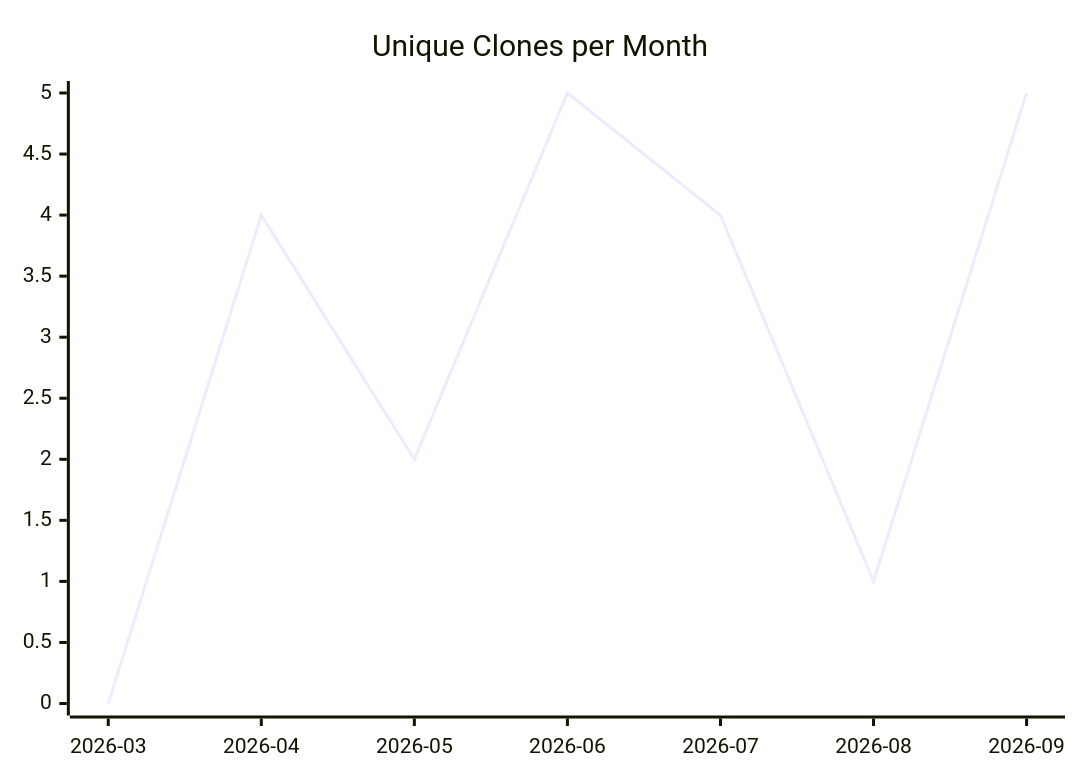
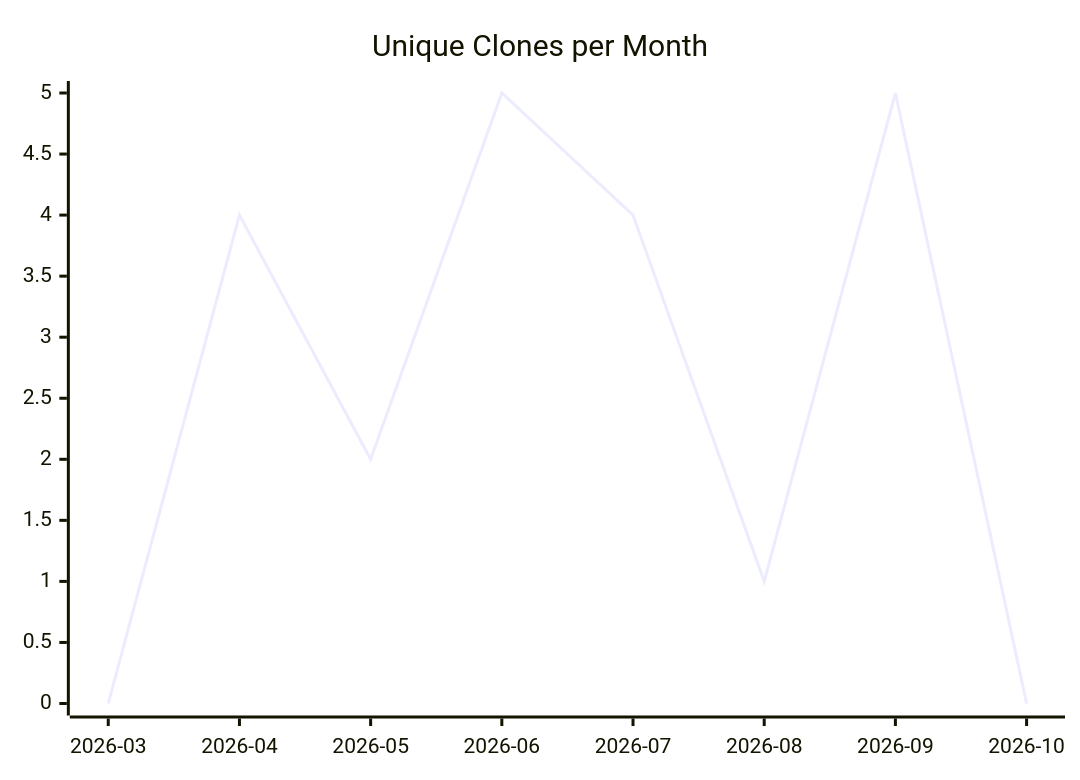
Before and after one commit to justdavis-family/github-analytics-data: the third of 3 diagrams in karlmdavis/todoist-ai/README.md, drawn with Mermaid. The commit also changed other lines of this file and 202 other files, not shown here.

````diff
--- a/karlmdavis/todoist-ai/README.md
+++ b/karlmdavis/todoist-ai/README.md
@@ -19,6 +19,6 @@
 ```mermaid
 xychart-beta
   title "Unique Clones per Month"
-  x-axis ["2026-03", "2026-04", "2026-05", "2026-06", "2026-07", "2026-08", "2026-09"]
-  line [0, 4, 2, 5, 4, 1, 5]
+  x-axis ["2026-03", "2026-04", "2026-05", "2026-06", "2026-07", "2026-08", "2026-09", "2026-10"]
+  line [0, 4, 2, 5, 4, 1, 5, 0]
 ```
````
